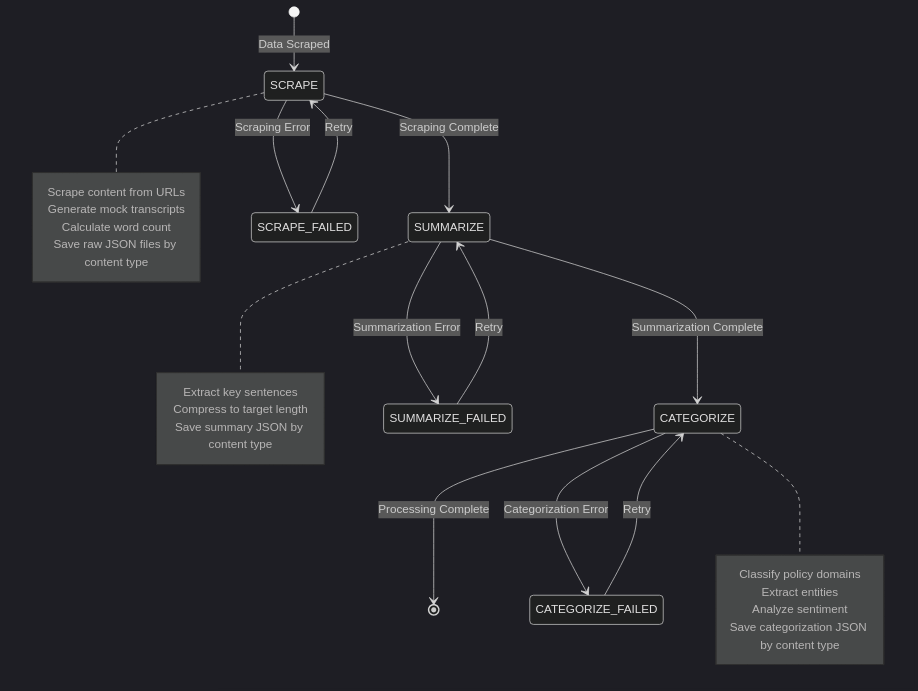
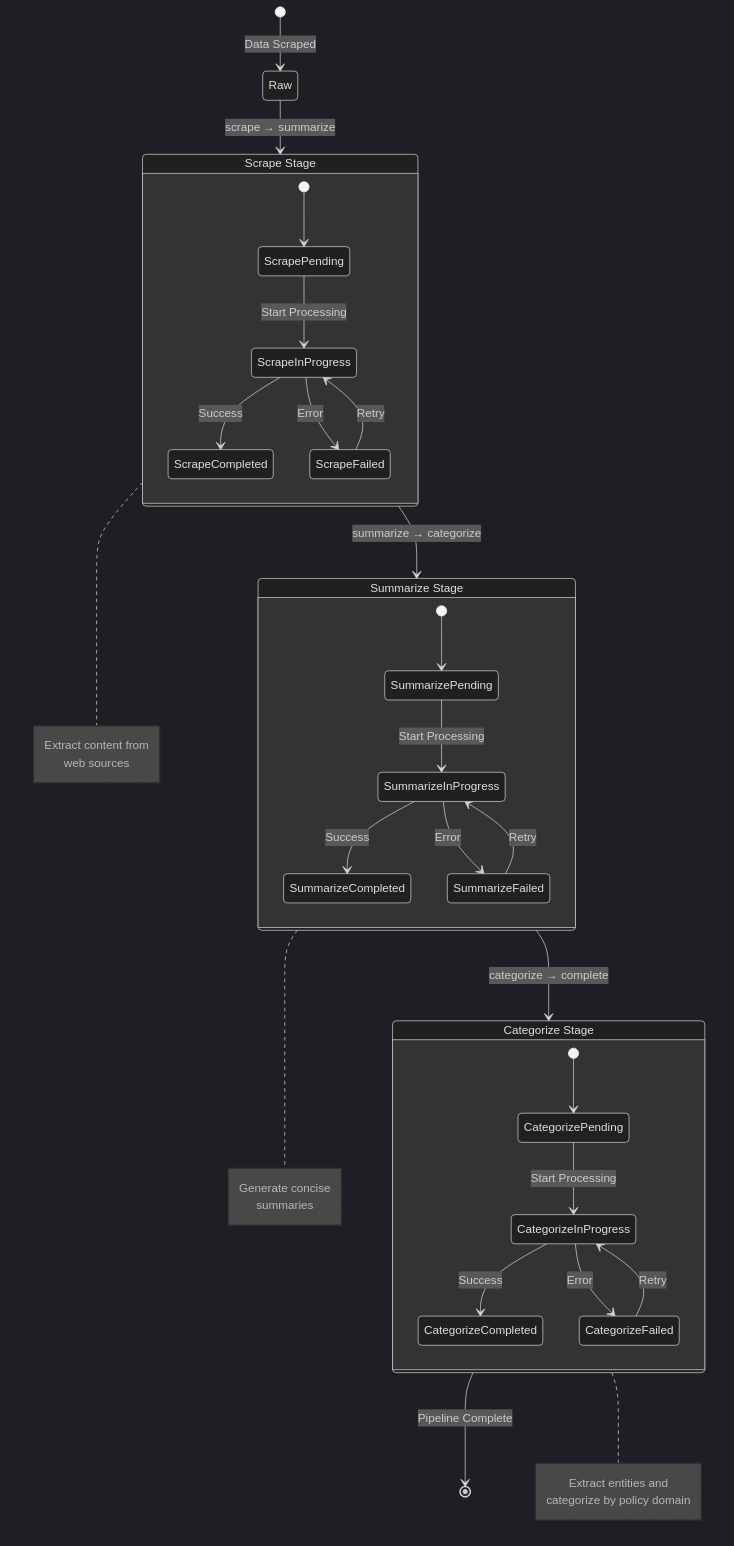
One commit to dmitriyratu/DiscourseKG changed the second of 3 diagrams in documentation/architecture.md. Above: the diagram before and after it, drawn with Mermaid (dark theme). The commit also changed other lines of this file, not shown here.

First line of the commit message:
refactor: enhance architecture documentation and clarify processing stages

````diff
--- a/documentation/architecture.md
+++ b/documentation/architecture.md
@@ -88,19 +72,37 @@
 ```mermaid
 stateDiagram-v2
-    [*] --> SCRAPE: Data Scraped
-    SCRAPE --> SUMMARIZE: Scraping Complete
-    SUMMARIZE --> CATEGORIZE: Summarization Complete
-    CATEGORIZE --> [*]: Processing Complete
+    [*] --> Raw: Data Scraped
     
-    SCRAPE --> SCRAPE_FAILED: Scraping Error
-    SUMMARIZE --> SUMMARIZE_FAILED: Summarization Error
-    CATEGORIZE --> CATEGORIZE_FAILED: Categorization Error
+    state "Scrape Stage" as S1 {
+        [*] --> ScrapePending
+        ScrapePending --> ScrapeInProgress: Start Processing
+        ScrapeInProgress --> ScrapeCompleted: Success
+        ScrapeInProgress --> ScrapeFailed: Error
+        ScrapeFailed --> ScrapeInProgress: Retry
+    }
     
-    SCRAPE_FAILED --> SCRAPE: Retry
-    SUMMARIZE_FAILED --> SUMMARIZE: Retry
-    CATEGORIZE_FAILED --> CATEGORIZE: Retry
+    state "Summarize Stage" as S2 {
+        [*] --> SummarizePending
+        SummarizePending --> SummarizeInProgress: Start Processing
+        SummarizeInProgress --> SummarizeCompleted: Success
+        SummarizeInProgress --> SummarizeFailed: Error
+        SummarizeFailed --> SummarizeInProgress: Retry
+    }
     
-    note right of SCRAPE: Scrape content from URLs<br/>Generate mock transcripts<br/>Calculate word count<br/>Save raw JSON files by content type
-    note right of SUMMARIZE: Extract key sentences<br/>Compress to target length<br/>Save summary JSON by content type
-    note right of CATEGORIZE: Classify policy domains<br/>Extract entities<br/>Analyze sentiment<br/>Save categorization JSON by content type
+    state "Categorize Stage" as S3 {
+        [*] --> CategorizePending
+        CategorizePending --> CategorizeInProgress: Start Processing
+        CategorizeInProgress --> CategorizeCompleted: Success
+        CategorizeInProgress --> CategorizeFailed: Error
+        CategorizeFailed --> CategorizeInProgress: Retry
+    }
+    
+    Raw --> S1: scrape → summarize
+    S1 --> S2: summarize → categorize
+    S2 --> S3: categorize → complete
+    S3 --> [*]: Pipeline Complete
+    
+    note right of S1: Extract content from<br/>web sources
+    note right of S2: Generate concise<br/>summaries
+    note right of S3: Extract entities and<br/>categorize by policy domain
 ```
````
